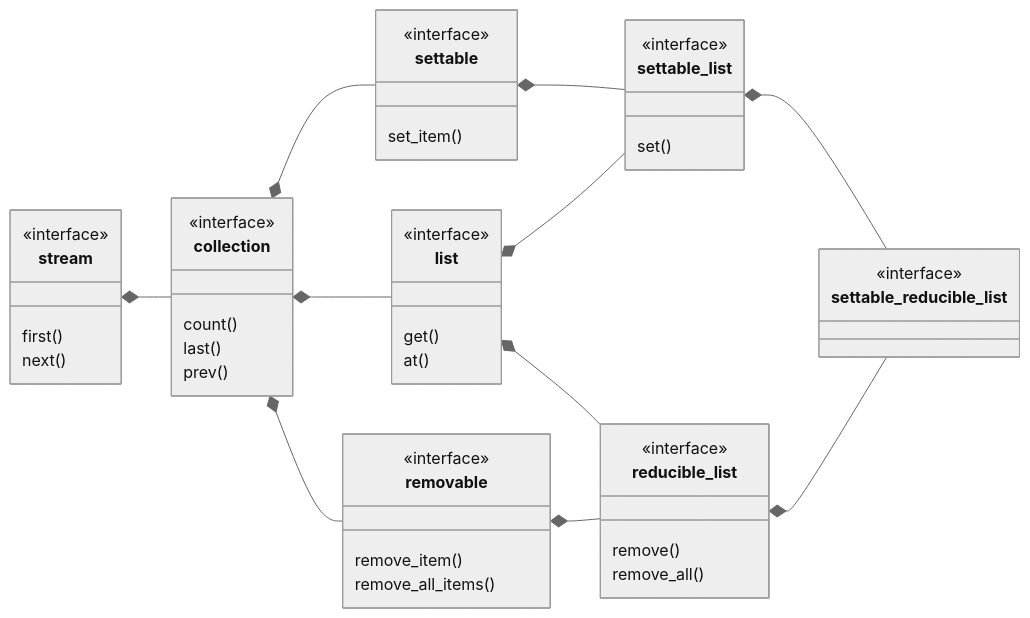
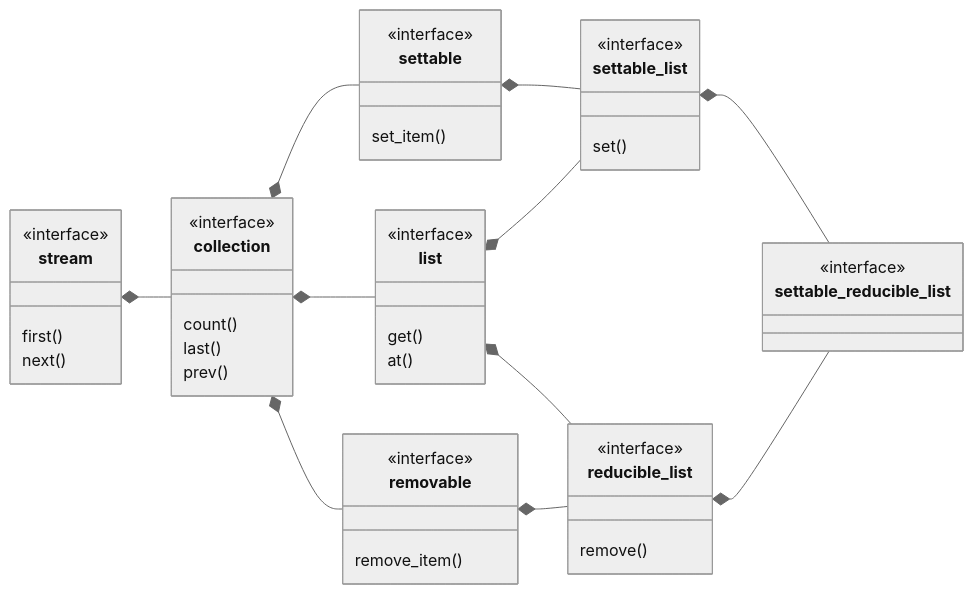
The diagram in doc/settable_reducible_list.md (pretore/aquarium-butterflyfish), drawn with Mermaid (neutral theme) before and after one commit. The commit also changed 387 other files, not shown here.

````diff
--- a/doc/settable_reducible_list.md
+++ b/doc/settable_reducible_list.md
@@ -3,50 +3,48 @@
 ```mermaid
 classDiagram
     direction LR
     class stream {
         first()
         next()
     }
     <<interface>> stream
     class collection {
         count()
         last()
         prev()
     }
     <<interface>> collection
     stream *-- collection
     class list {
         get()
         at()
     }
     class settable {
         set_item()
     }
     <<interface>> settable
     collection *-- settable
     <<interface>> list
     collection *-- list
     class settable_list {
         set()
     }
     <<interface>> settable_list
     settable *-- settable_list
     list *-- settable_list
     class removable {
         remove_item()
-        remove_all_items()
     }
     <<interface>> removable
     collection *-- removable
     class reducible_list {
         remove()
-        remove_all()
     }
     <<interface>> reducible_list
     removable *-- reducible_list
     list *-- reducible_list
     class settable_reducible_list
     <<interface>> settable_reducible_list
     settable_list *-- settable_reducible_list
     reducible_list *-- settable_reducible_list
 ```
````
